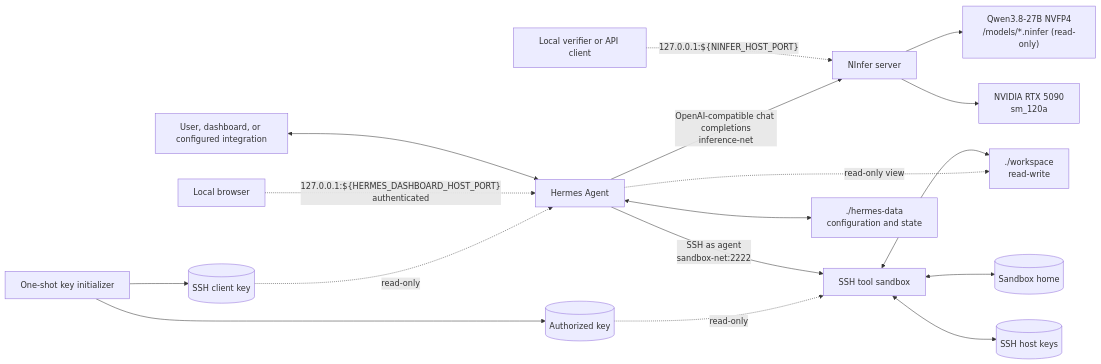
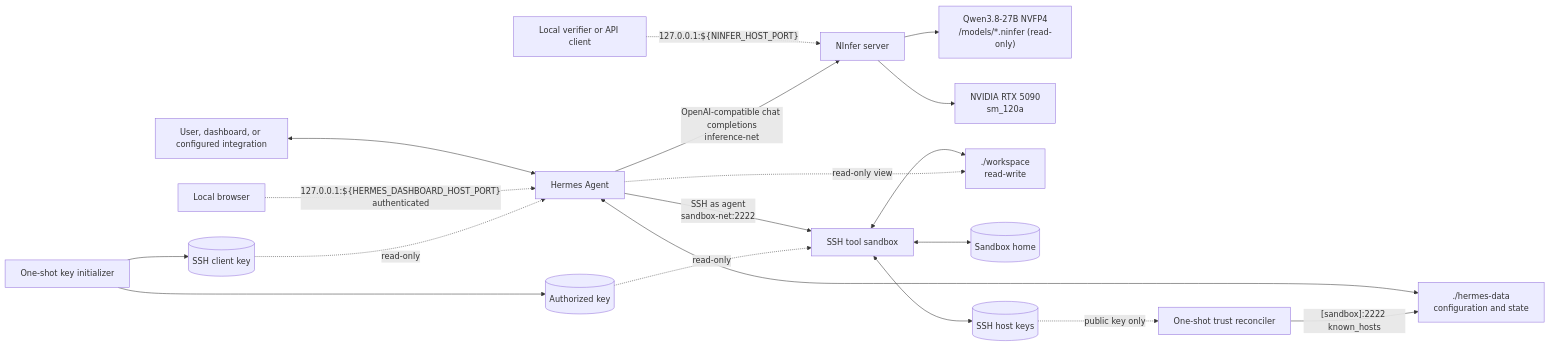
Before and after one commit to joelfourhman/hermes_ninfer_stack: the diagram in docs/architecture.md, drawn with Mermaid. The commit also changed other lines of this file and 6 other files, not shown here.

Commit message:
docs: explain sandbox host trust recovery

````diff
--- a/docs/architecture.md
+++ b/docs/architecture.md
@@ -14,22 +14,24 @@
 ```mermaid
 flowchart LR
     User[User, dashboard, or configured integration] <--> Hermes[Hermes Agent]
     Host[Local verifier or API client] -. "127.0.0.1:${NINFER_HOST_PORT}" .-> NInfer
     Browser[Local browser] -. "127.0.0.1:${HERMES_DASHBOARD_HOST_PORT}\nauthenticated" .-> Hermes
 
     Hermes -- "OpenAI-compatible chat completions\ninference-net" --> NInfer[NInfer server]
     NInfer --> Artifact["Qwen3.8-27B NVFP4\n/models/*.ninfer (read-only)"]
     NInfer --> GPU["NVIDIA RTX 5090\nsm_120a"]
 
     Hermes -- "SSH as agent\nsandbox-net:2222" --> Sandbox[SSH tool sandbox]
     Sandbox <--> Workspace["./workspace\nread-write"]
     Hermes -. "read-only view" .-> Workspace
 
     Hermes <--> State["./hermes-data\nconfiguration and state"]
     Keygen[One-shot key initializer] --> ClientKey[(SSH client key)]
     Keygen --> AuthorizedKey[(Authorized key)]
     ClientKey -. "read-only" .-> Hermes
     AuthorizedKey -. "read-only" .-> Sandbox
     Sandbox <--> SandboxHome[(Sandbox home)]
     Sandbox <--> HostKeys[(SSH host keys)]
+    HostKeys -. "public key only" .-> Trust[One-shot trust reconciler]
+    Trust -->|"[sandbox]:2222 known_hosts"| State
 ```
````
